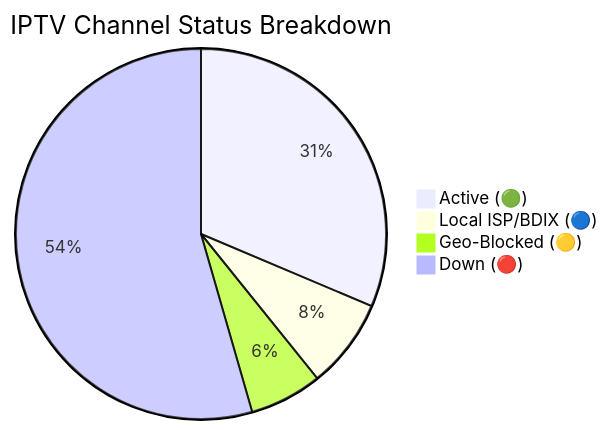
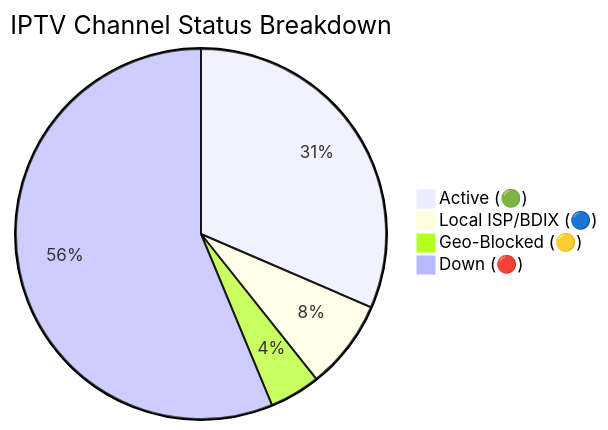
One commit to Zaman-Topu/Ip-tv-Collection changed the diagram in README.md. Above: the diagram before and after it, drawn with Mermaid. The commit also changed other lines of this file and 6 other files, not shown here.

````diff
--- a/README.md
+++ b/README.md
@@ -149,7 +149,7 @@
 ```mermaid
 pie title IPTV Channel Status Breakdown
-    "Active (🟢)" : 10789
-    "Local ISP/BDIX (🔵)" : 2699
-    "Geo-Blocked (🟡)" : 2178
-    "Down (🔴)" : 18734
+    "Active (🟢)" : 10826
+    "Local ISP/BDIX (🔵)" : 2692
+    "Geo-Blocked (🟡)" : 1526
+    "Down (🔴)" : 19350
 ```
````
